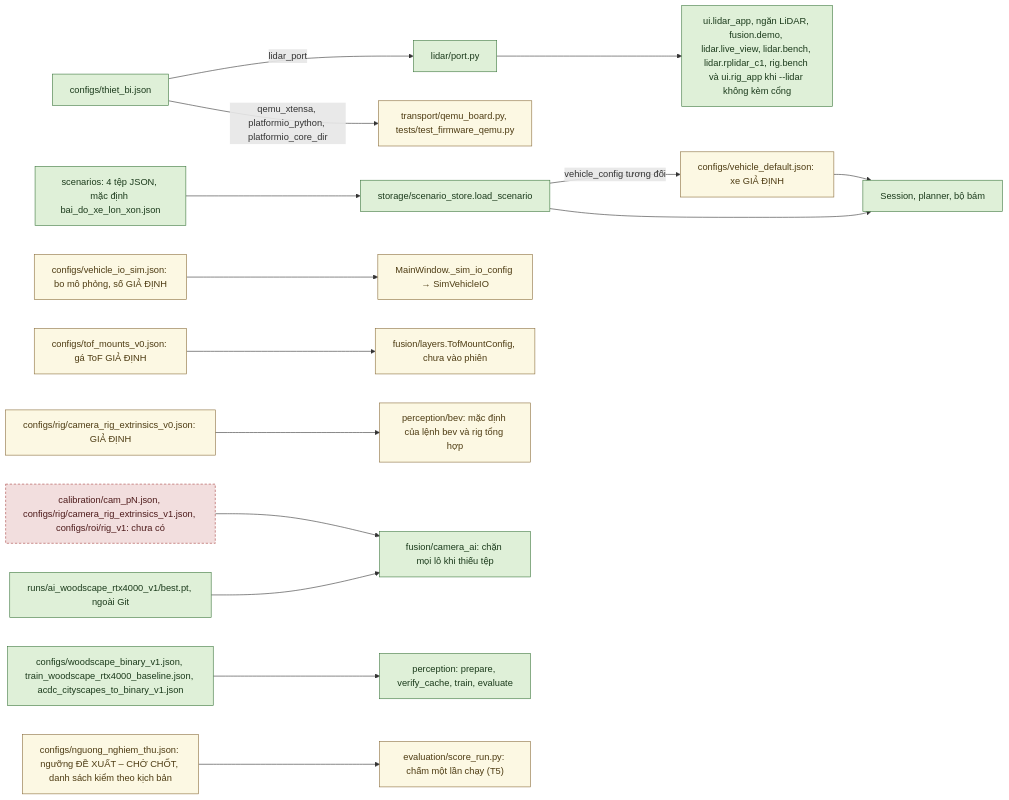
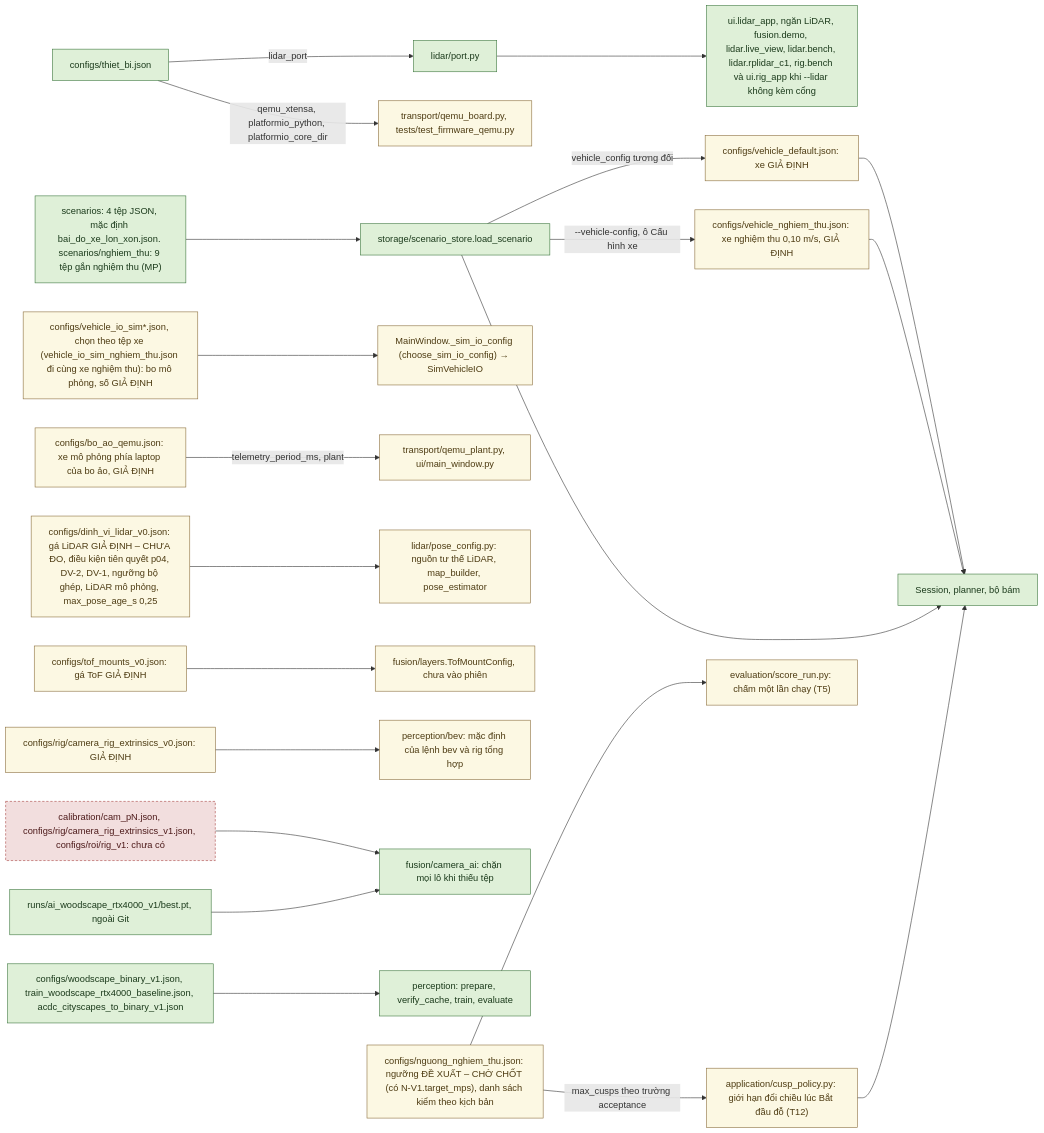
Diagram 11 of 50 in autopark/docs/SO_DO_HE_THONG.md (thbn12082/autopark), drawn with Mermaid before and after one commit. The commit also changed other lines of this file and 223 other files, not shown here.

````diff
--- a/autopark/docs/SO_DO_HE_THONG.md
+++ b/autopark/docs/SO_DO_HE_THONG.md
@@ -671,23 +775,29 @@
 ```mermaid
 flowchart LR
     TB["configs/thiet_bi.json"] -->|lidar_port| LP["lidar/port.py"]
     LP --> LUSE["ui.lidar_app, ngăn LiDAR, fusion.demo, lidar.live_view, lidar.bench, lidar.rplidar_c1, rig.bench và ui.rig_app khi --lidar không kèm cổng"]
     TB -->|qemu_xtensa, platformio_python, platformio_core_dir| QB["transport/qemu_board.py, tests/test_firmware_qemu.py"]
-    SCN["scenarios: 4 tệp JSON, mặc định bai_do_xe_lon_xon.json"] --> SS["storage/scenario_store.load_scenario"]
+    SCN["scenarios: 4 tệp JSON, mặc định bai_do_xe_lon_xon.json. scenarios/nghiem_thu: 9 tệp gắn nghiệm thu (MP)"] --> SS["storage/scenario_store.load_scenario"]
     SS -->|vehicle_config tương đối| VD["configs/vehicle_default.json: xe GIẢ ĐỊNH"]
+    SS -->|--vehicle-config, ô Cấu hình xe| VN["configs/vehicle_nghiem_thu.json: xe nghiệm thu 0,10 m/s, GIẢ ĐỊNH"]
     VD --> SES["Session, planner, bộ bám"]
+    VN --> SES
     SS --> SES
-    VIS["configs/vehicle_io_sim.json: bo mô phỏng, số GIẢ ĐỊNH"] --> MW["MainWindow._sim_io_config → SimVehicleIO"]
+    VIS["configs/vehicle_io_sim*.json, chọn theo tệp xe (vehicle_io_sim_nghiem_thu.json đi cùng xe nghiệm thu): bo mô phỏng, số GIẢ ĐỊNH"] --> MW["MainWindow._sim_io_config (choose_sim_io_config) → SimVehicleIO"]
+    BQ["configs/bo_ao_qemu.json: xe mô phỏng phía laptop của bo ảo, GIẢ ĐỊNH"] -->|telemetry_period_ms, plant| QP["transport/qemu_plant.py, ui/main_window.py"]
+    DVL["configs/dinh_vi_lidar_v0.json: gá LiDAR GIẢ ĐỊNH – CHƯA ĐO, điều kiện tiên quyết p04, DV-2, DV-1, ngưỡng bộ ghép, LiDAR mô phỏng, max_pose_age_s 0,25"] --> PCF["lidar/pose_config.py: nguồn tư thế LiDAR, map_builder, pose_estimator"]
     TOF["configs/tof_mounts_v0.json: gá ToF GIẢ ĐỊNH"] --> FL["fusion/layers.TofMountConfig, chưa vào phiên"]
     R0["configs/rig/camera_rig_extrinsics_v0.json: GIẢ ĐỊNH"] --> BEV["perception/bev: mặc định của lệnh bev và rig tổng hợp"]
     CAL["calibration/cam_pN.json, configs/rig/camera_rig_extrinsics_v1.json, configs/roi/rig_v1: chưa có"] --> CAI["fusion/camera_ai: chặn mọi lô khi thiếu tệp"]
     CK["runs/ai_woodscape_rtx4000_v1/best.pt, ngoài Git"] --> CAI
     TR["configs/woodscape_binary_v1.json, train_woodscape_rtx4000_baseline.json, acdc_cityscapes_to_binary_v1.json"] --> PER["perception: prepare, verify_cache, train, evaluate"]
-    NG["configs/nguong_nghiem_thu.json: ngưỡng ĐỀ XUẤT – CHỜ CHỐT, danh sách kiểm theo kịch bản"] --> SR["evaluation/score_run.py: chấm một lần chạy (T5)"]
+    NG["configs/nguong_nghiem_thu.json: ngưỡng ĐỀ XUẤT – CHỜ CHỐT (có N-V1.target_mps), danh sách kiểm theo kịch bản"] --> SR["evaluation/score_run.py: chấm một lần chạy (T5)"]
+    NG -->|max_cusps theo trường acceptance| CP["application/cusp_policy.py: giới hạn đổi chiều lúc Bắt đầu đỗ (T12)"]
+    CP --> SES
     classDef daco fill:#dff0d8,stroke:#3c763d,color:#1b3a1b
     classDef giaLap fill:#fcf8e3,stroke:#8a6d3b,color:#4d3b12
     classDef chuaLam fill:#f2dede,stroke:#a94442,color:#4d1a1a,stroke-dasharray: 4 3
     class TB,LP,LUSE,SCN,SS,SES,CK,TR,PER,CAI daco
-    class VD,VIS,MW,TOF,FL,R0,BEV,QB,NG,SR giaLap
+    class VD,VN,VIS,MW,BQ,QP,DVL,PCF,TOF,FL,R0,BEV,QB,NG,SR,CP giaLap
     class CAL chuaLam
 ```
````
